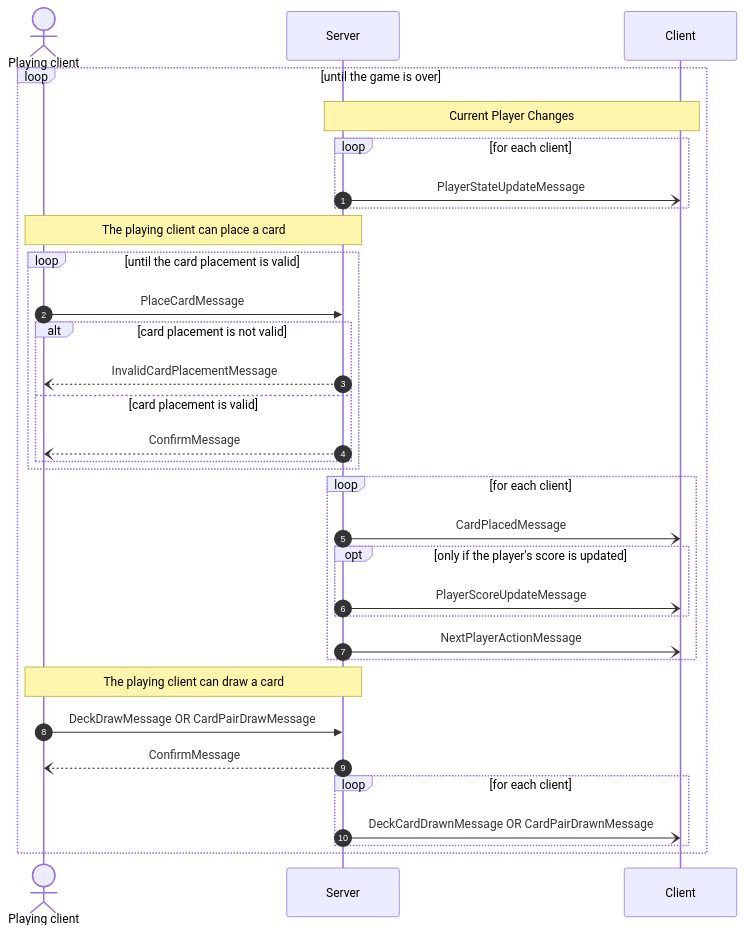
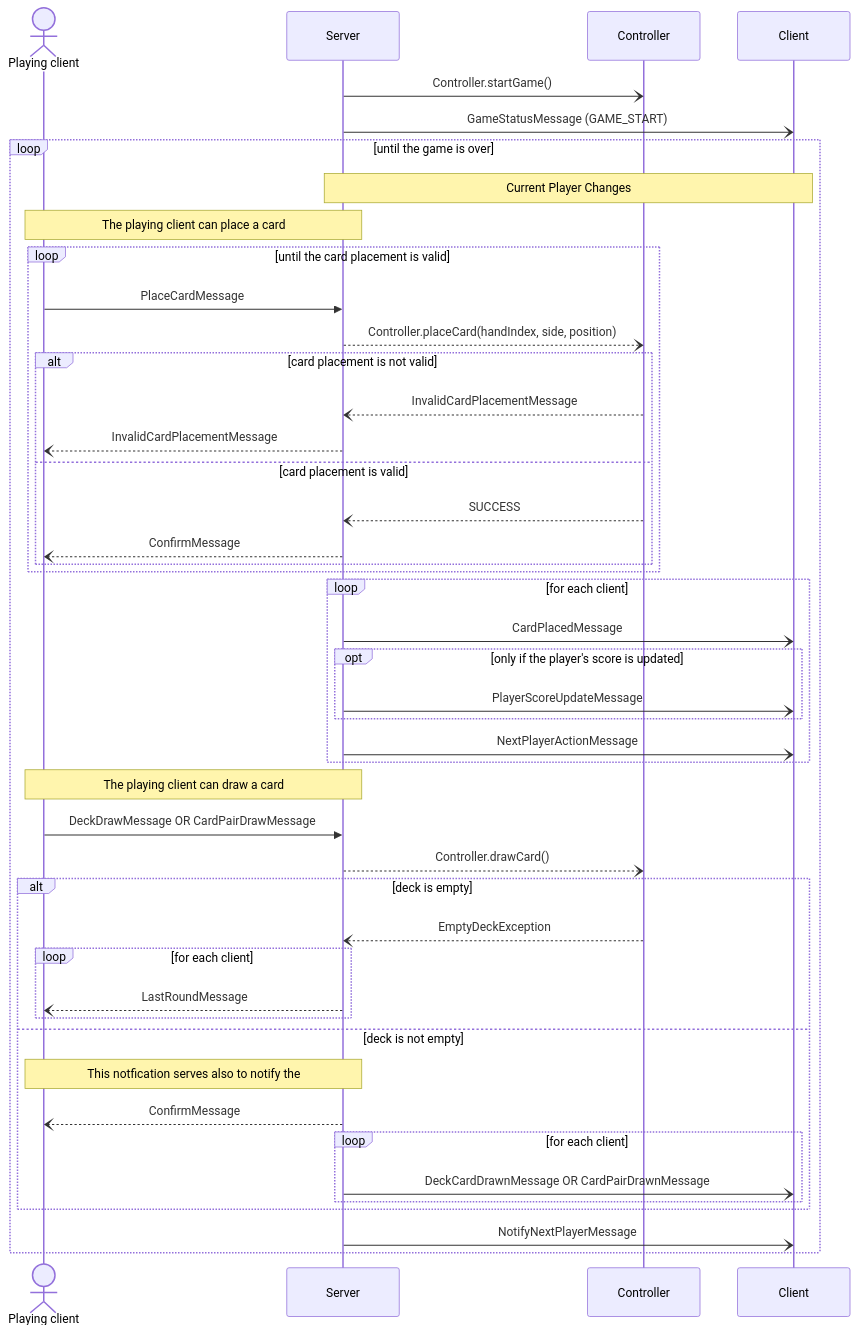
One commit to frephs/IS24-AM21 changed the fourth of 6 diagrams in documentation_wip/network_protocol.md. Above: the diagram before and after it, drawn with Mermaid.

Commit message:
feat:  added Controller in normal game flow

````diff
--- a/documentation_wip/network_protocol.md
+++ b/documentation_wip/network_protocol.md
@@ -203,43 +203,51 @@
 ```mermaid
 sequenceDiagram
     actor Playing client
+    Server -) Controller: Controller.startGame()
+    Server -) Client : GameStatusMessage (GAME_START) 
 
     loop until the game is over
         # New turn 
         Note over Server,Client: Current Player Changes
-        loop for each client
-            autonumber
-            Server -) Client : PlayerStateUpdateMessage 
-        end
         
         # Place card  
         Note over Playing client,Server: The playing client can place a card  
         loop until the card placement is valid
             Playing client ->> Server : PlaceCardMessage
+            Server --) Controller: Controller.placeCard(handIndex, side, position)
             alt card placement is not valid
+                Controller --) Server: InvalidCardPlacementMessage
                 Server --) Playing client : InvalidCardPlacementMessage
             else card placement is valid
+                Controller --) Server: SUCCESS
                 Server --) Playing client : ConfirmMessage
             end
         end
         loop for each client
-            Server -) Client : CardPlacedMessage 
+            Server -) Client : CardPlacedMessage
             opt only if the player's score is updated
                 Server -) Client : PlayerScoreUpdateMessage
             end
             Server -) Client : NextPlayerActionMessage
         end 
         
 
         # Draw card 
         Note over Playing client,Server: The playing client can draw a card
         Playing client ->> Server : DeckDrawMessage OR CardPairDrawMessage
-        Server --) Playing client : ConfirmMessage
-        loop for each client
-            Server -) Client : DeckCardDrawnMessage OR CardPairDrawnMessage
-        end 
+        Server --) Controller: Controller.drawCard()
+        alt deck is empty
+            Controller --) Server: EmptyDeckException
+            loop for each client
+                Server --) Playing client : LastRoundMessage
+            end
+        else deck is not empty
+            Note over Playing client,Server: This notfication serves also to notify the
+            Server --) Playing client : ConfirmMessage
+            loop for each client
+                Server -) Client : DeckCardDrawnMessage OR CardPairDrawnMessage
+            end
+        end
+        Server -) Client : NotifyNextPlayerMessage
     end
-
-
-
 ```
````
